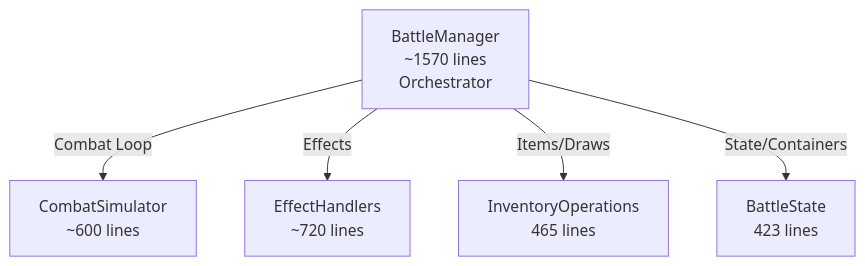
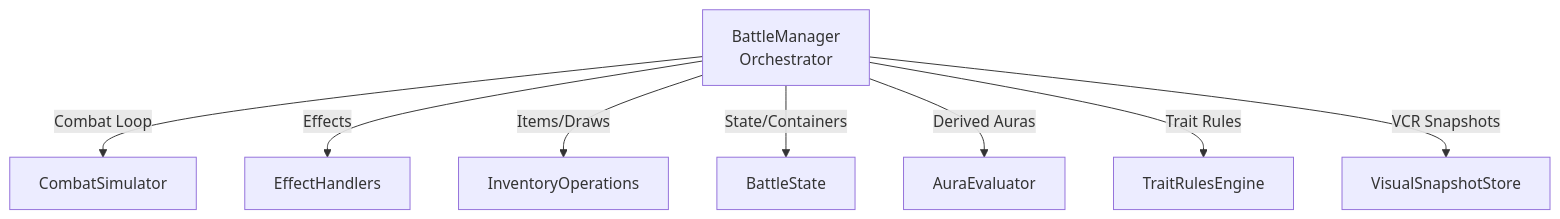
Before and after one commit to OVagamundo/Flashcard-Heroes: the diagram in docs/CombatSystem.md, drawn with Mermaid. The commit also changed other lines of this file and 331 other files, not shown here.

````diff
--- a/docs/CombatSystem.md
+++ b/docs/CombatSystem.md
@@ -28,14 +28,20 @@
 ```mermaid
 graph TD
-    BM[BattleManager<br/>~1570 lines<br/>Orchestrator]
+    BM[BattleManager<br/>Orchestrator]
     
-    CS[CombatSimulator<br/>~600 lines]
-    EH[EffectHandlers<br/>~720 lines]
-    IO[InventoryOperations<br/>465 lines]
-    BS[BattleState<br/>423 lines]
+    CS[CombatSimulator]
+    EH[EffectHandlers]
+    IO[InventoryOperations]
+    BS[BattleState]
+    AE[AuraEvaluator]
+    TRE[TraitRulesEngine]
+    VSS[VisualSnapshotStore]
     
     BM --> |Combat Loop|CS
     BM --> |Effects|EH
     BM --> |Items/Draws|IO
     BM --> |State/Containers|BS
+    BM --> |Derived Auras|AE
+    BM --> |Trait Rules|TRE
+    BM --> |VCR Snapshots|VSS
 ```
````
